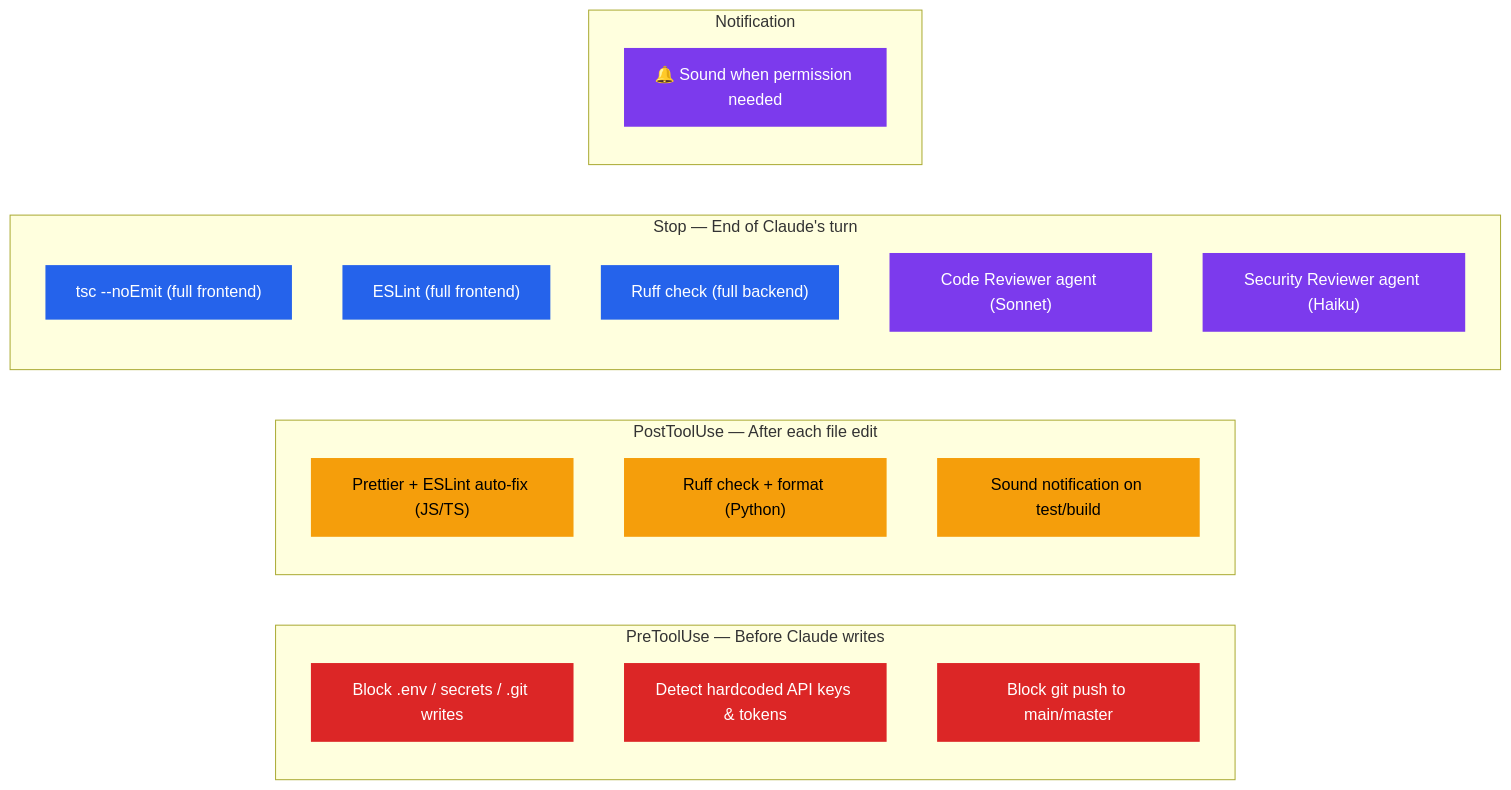
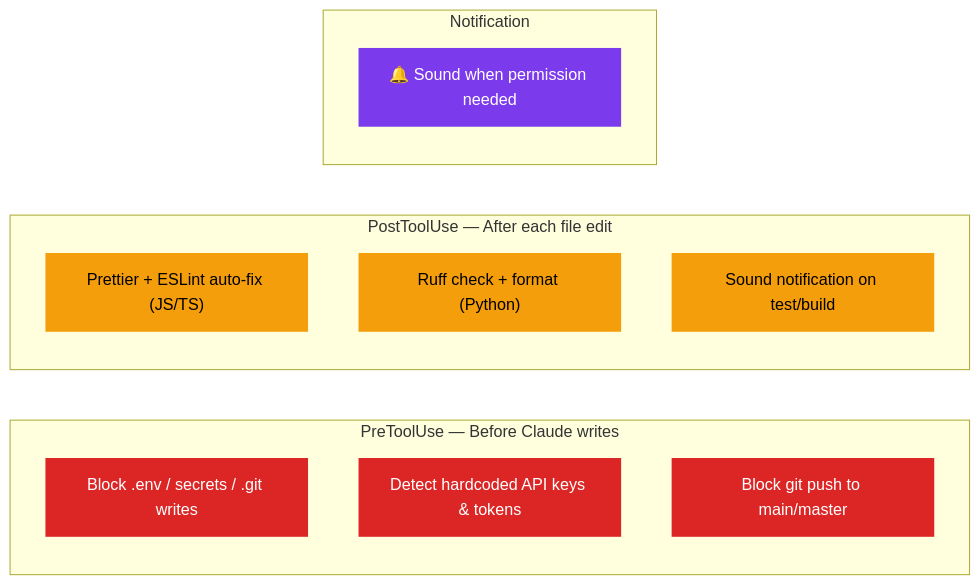
One commit to vipink1203/claude-base changed the third of 3 diagrams in README.md. Above: the diagram before and after it, drawn with Mermaid. The commit also changed other lines of this file and 21 other files, not shown here.

````diff
--- a/README.md
+++ b/README.md
@@ -233,39 +233,26 @@
 ```mermaid
 graph LR
     subgraph "PreToolUse — Before Claude writes"
         P1["Block .env / secrets / .git writes"]
         P2["Detect hardcoded API keys & tokens"]
         P3["Block git push to main/master"]
     end
 
     subgraph "PostToolUse — After each file edit"
         Q1["Prettier + ESLint auto-fix (JS/TS)"]
         Q2["Ruff check + format (Python)"]
         Q3["Sound notification on test/build"]
     end
 
-    subgraph "Stop — End of Claude's turn"
-        S1["tsc --noEmit (full frontend)"]
-        S2["ESLint (full frontend)"]
-        S3["Ruff check (full backend)"]
-        S4["Code Reviewer agent (Sonnet)"]
-        S5["Security Reviewer agent (Haiku)"]
-    end
-
     subgraph "Notification"
         N1["🔔 Sound when permission needed"]
     end
 
     style P1 fill:#dc2626,color:#fff,stroke:none
     style P2 fill:#dc2626,color:#fff,stroke:none
     style P3 fill:#dc2626,color:#fff,stroke:none
     style Q1 fill:#f59e0b,color:#000,stroke:none
     style Q2 fill:#f59e0b,color:#000,stroke:none
     style Q3 fill:#f59e0b,color:#000,stroke:none
-    style S1 fill:#2563eb,color:#fff,stroke:none
-    style S2 fill:#2563eb,color:#fff,stroke:none
-    style S3 fill:#2563eb,color:#fff,stroke:none
-    style S4 fill:#7c3aed,color:#fff,stroke:none
-    style S5 fill:#7c3aed,color:#fff,stroke:none
     style N1 fill:#7c3aed,color:#fff,stroke:none
 ```
````
